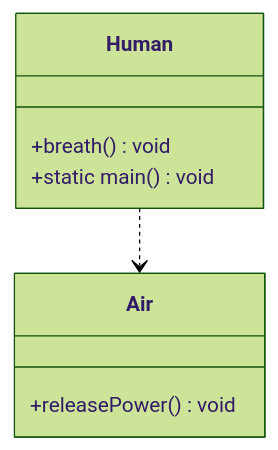
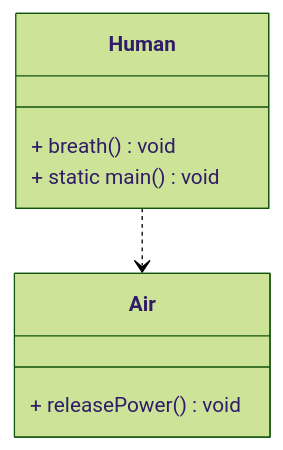
One commit to ZbynekCoder/ZbynekCoder.github.io changed the second of 7 diagrams in assets/notes/OO-Starter/chapter2/2.UML与类图.md. Above: the diagram before and after it, drawn with Mermaid (forest theme). The commit also changed other lines of this file, not shown here.

````diff
--- a/assets/notes/OO-Starter/chapter2/2.UML与类图.md
+++ b/assets/notes/OO-Starter/chapter2/2.UML与类图.md
@@ -182,13 +186,13 @@
 ```mermaid
 classDiagram
-    class Human {
-        +breath() void
-        +static main() void
-    }
-    
-    class Air {
-        +releasePower() void
-    }
-    
-    Human ..> Air
+class Human {
+    + breath() void
+    + static main() void
+}
+
+class Air {
+    + releasePower() void
+}
+
+Human ..> Air
 ```
````
